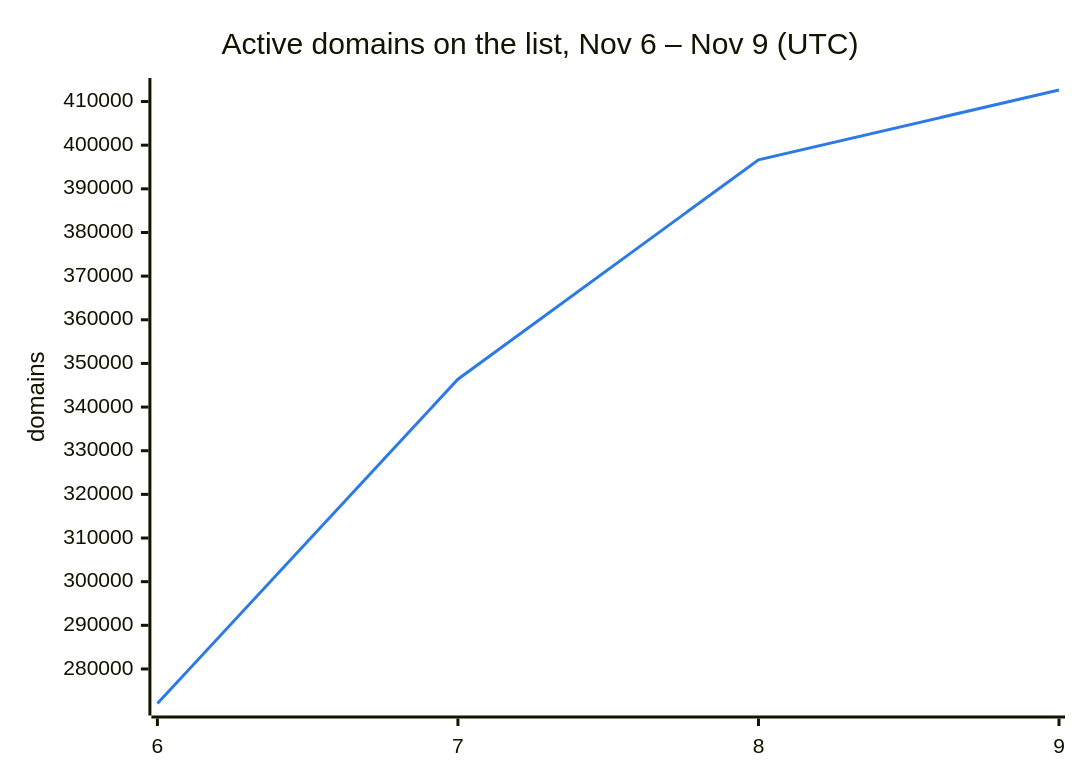
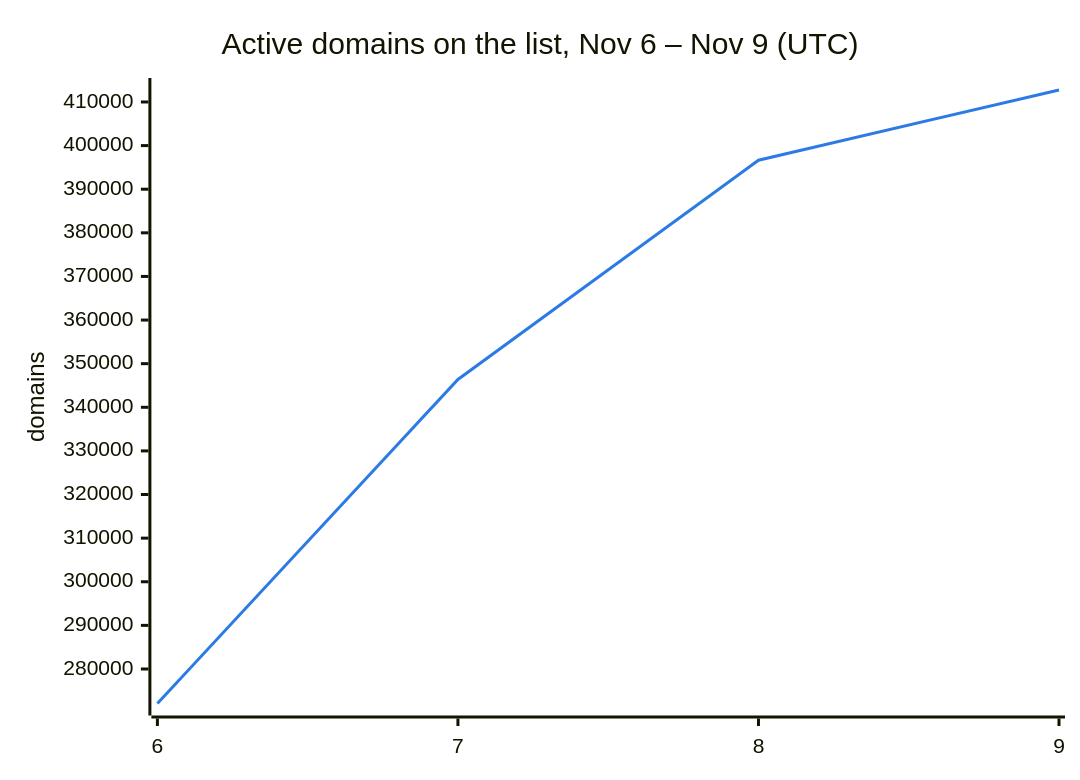
The second of 3 diagrams in README.md (DNSBunker/CTI), drawn with Mermaid before and after one commit. The commit also changed other lines of this file and 3 other files, not shown here.

````diff
--- a/README.md
+++ b/README.md
@@ -38,8 +38,8 @@
 ```mermaid
 %%{init: {"themeVariables": {"xyChart": {"plotColorPalette": "#2c7be5"}}}}%%
 xychart-beta
     title "Active domains on the list, Nov 6 – Nov 9 (UTC)"
     x-axis ["6", "7", "8", "9"]
     y-axis "domains"
-    line [272088, 346388, 396638, 412642]
+    line [272088, 346388, 396638, 412745]
 ```
````
